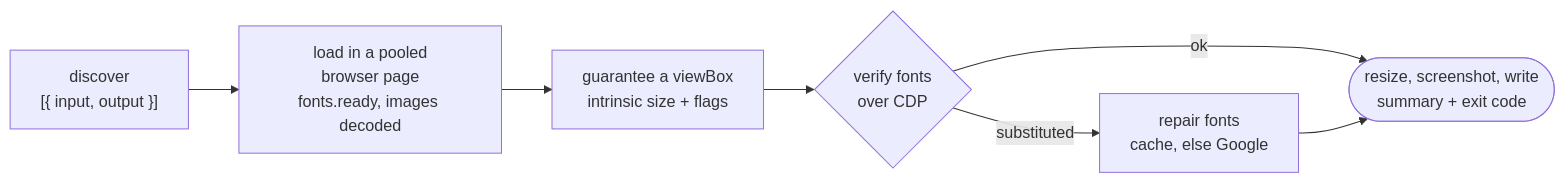
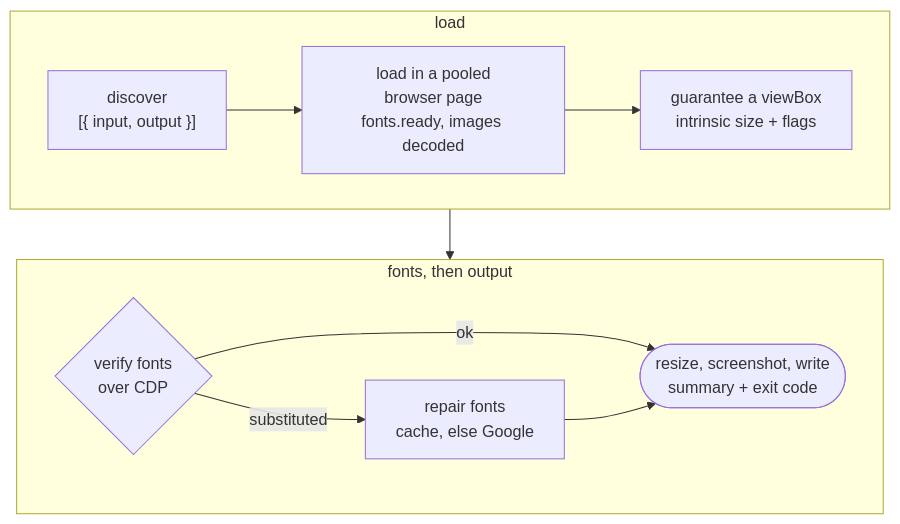
One commit to corderro-artz/crispr changed the diagram in docs/diagrams/architecture.mmd. Above: the diagram before and after it, drawn with Mermaid. The commit also changed 6 other files, not shown here.

First line of the commit message:
docs: render the diagrams on the brand palette, and give them a generator

```diff
--- a/docs/diagrams/architecture.mmd
+++ b/docs/diagrams/architecture.mmd
@@ -1,11 +1,19 @@
-flowchart LR
-    D["discover<br/>[{ input, output }]"]
-    POOL["load in a pooled<br/>browser page<br/>fonts.ready, images decoded"]
-    VB["guarantee a viewBox<br/>intrinsic size + flags"]
-    VF{"verify fonts<br/>over CDP"}
-    REP["repair fonts<br/>cache, else Google"]
-    OUT(["resize, screenshot, write<br/>summary + exit code"])
+flowchart TB
+    subgraph LOAD ["load"]
+        direction LR
+        D["discover<br/>[{ input, output }]"]
+        POOL["load in a pooled<br/>browser page<br/>fonts.ready, images decoded"]
+        VB["guarantee a viewBox<br/>intrinsic size + flags"]
+        D --> POOL --> VB
+    end
 
-    D --> POOL --> VB --> VF
-    VF -->|ok| OUT
-    VF -->|substituted| REP --> OUT
+    subgraph EMIT ["fonts, then output"]
+        direction LR
+        VF{"verify fonts<br/>over CDP"}
+        REP["repair fonts<br/>cache, else Google"]
+        OUT(["resize, screenshot, write<br/>summary + exit code"])
+        VF -->|ok| OUT
+        VF -->|substituted| REP --> OUT
+    end
+
+    LOAD --> EMIT
```
